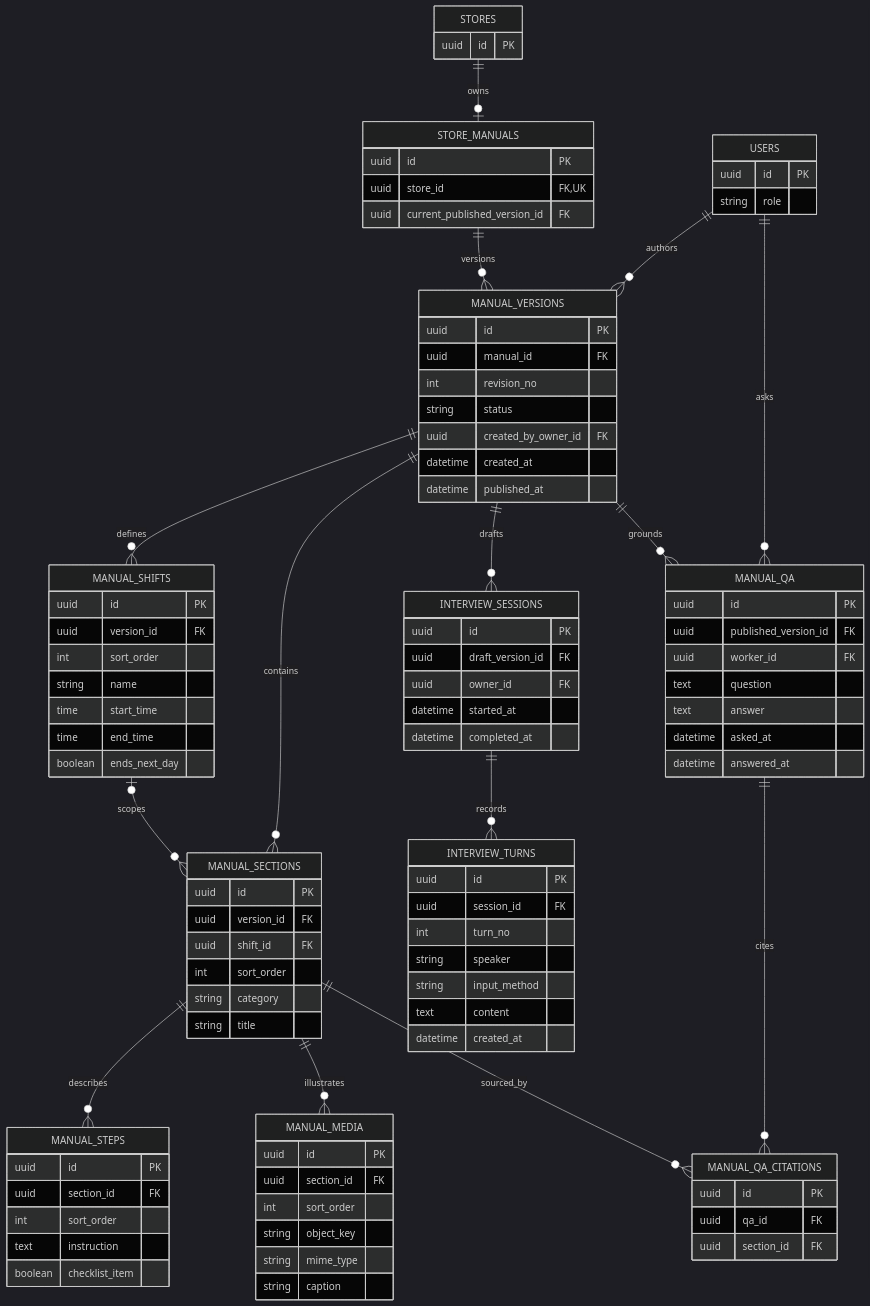
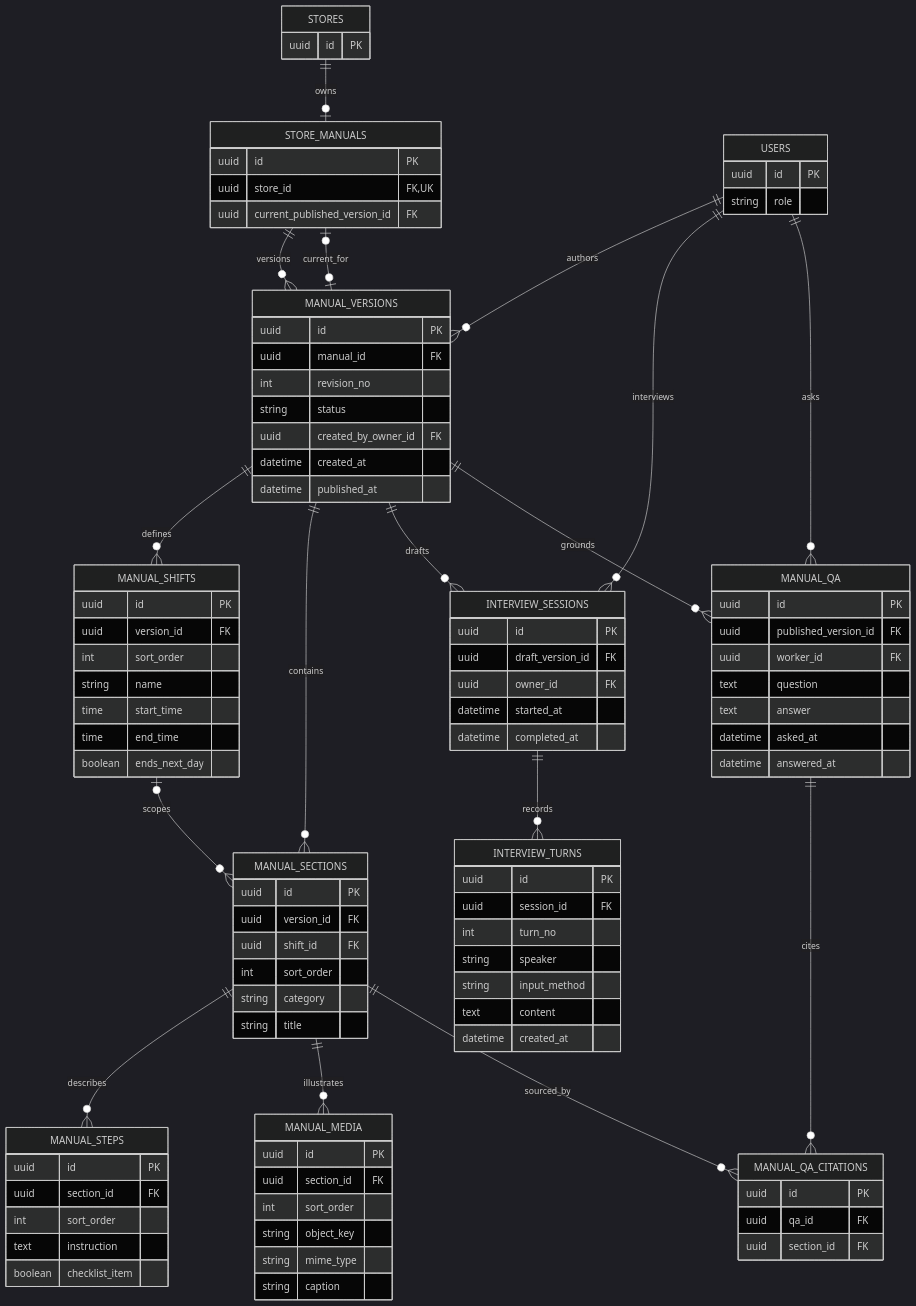
Before and after one commit to 2026-KW-HACKATHON/29_Jidan: the diagram in back-end/docs/erd/manual.md, drawn with Mermaid (dark theme).

Commit message:
docs(manual): 게시 포인터와 인터뷰 점주 관계 표시
현재 게시 버전과 AI 인터뷰 작성 주체의 FK를 도식에 명시

```diff
--- a/back-end/docs/erd/manual.md
+++ b/back-end/docs/erd/manual.md
@@ -4,6 +4,7 @@
 erDiagram
     STORES ||--o| STORE_MANUALS : owns
     STORE_MANUALS ||--o{ MANUAL_VERSIONS : versions
+    MANUAL_VERSIONS o|--o| STORE_MANUALS : current_for
     USERS ||--o{ MANUAL_VERSIONS : authors
     MANUAL_VERSIONS ||--o{ MANUAL_SHIFTS : defines
     MANUAL_VERSIONS ||--o{ MANUAL_SECTIONS : contains
@@ -11,6 +12,7 @@
     MANUAL_SECTIONS ||--o{ MANUAL_STEPS : describes
     MANUAL_SECTIONS ||--o{ MANUAL_MEDIA : illustrates
     MANUAL_VERSIONS ||--o{ INTERVIEW_SESSIONS : drafts
+    USERS ||--o{ INTERVIEW_SESSIONS : interviews
     INTERVIEW_SESSIONS ||--o{ INTERVIEW_TURNS : records
     MANUAL_VERSIONS ||--o{ MANUAL_QA : grounds
     USERS ||--o{ MANUAL_QA : asks
```
